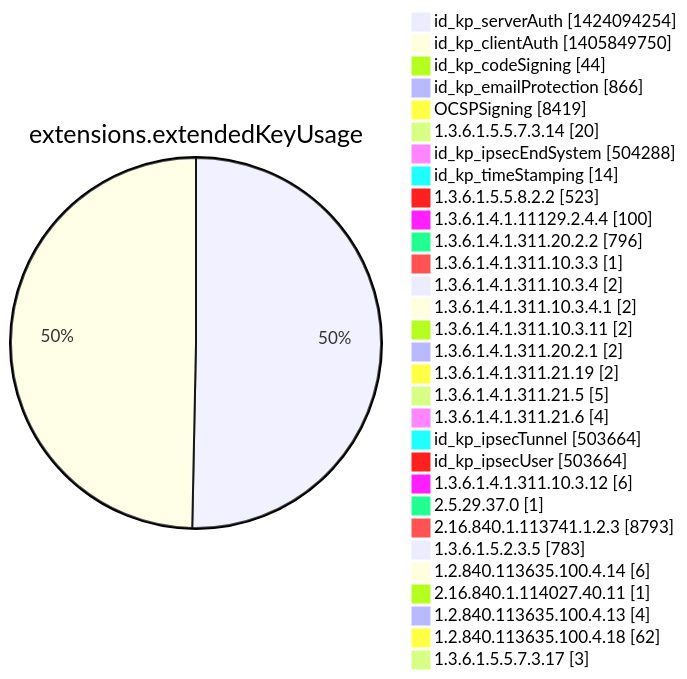
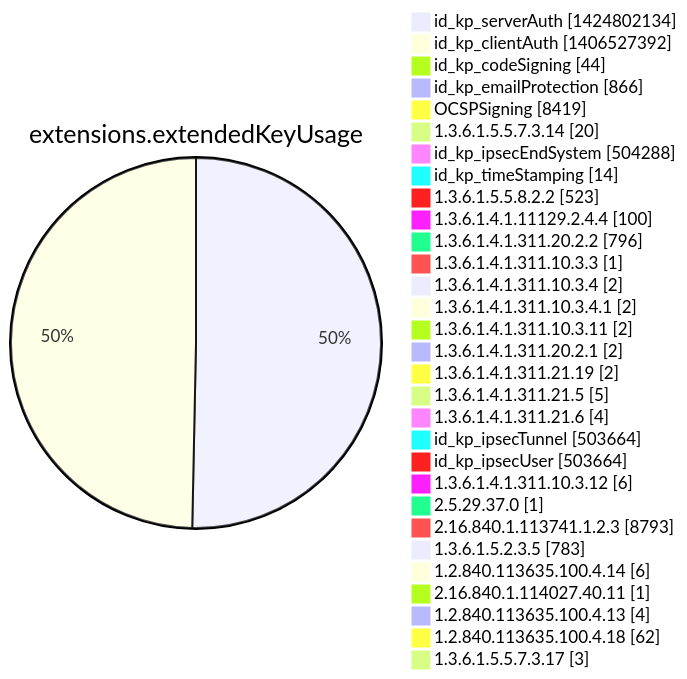
One commit to christiankrug/ctmonitor_visualization changed diagram 12 of 15 in argon2022/README.md. Above: the diagram before and after it, drawn with Mermaid. The commit also changed other lines of this file, not shown here.

````diff
--- a/argon2022/README.md
+++ b/argon2022/README.md
@@ -3555,34 +3555,34 @@
 ```mermaid
 pie showData
 title extensions.extendedKeyUsage
-"id_kp_serverAuth" :1424094254
-"id_kp_clientAuth" :1405849750
+"id_kp_serverAuth" :1424802134
+"id_kp_clientAuth" :1406527392
 "id_kp_codeSigning" :44
 "id_kp_emailProtection" :866
 "OCSPSigning" :8419
 "1.3.6.1.5.5.7.3.14" :20
 "id_kp_ipsecEndSystem" :504288
 "id_kp_timeStamping" :14
 "1.3.6.1.5.5.8.2.2" :523
 "1.3.6.1.4.1.11129.2.4.4" :100
 "1.3.6.1.4.1.311.20.2.2" :796
 "1.3.6.1.4.1.311.10.3.3" :1
 "1.3.6.1.4.1.311.10.3.4" :2
 "1.3.6.1.4.1.311.10.3.4.1" :2
 "1.3.6.1.4.1.311.10.3.11" :2
 "1.3.6.1.4.1.311.20.2.1" :2
 "1.3.6.1.4.1.311.21.19" :2
 "1.3.6.1.4.1.311.21.5" :5
 "1.3.6.1.4.1.311.21.6" :4
 "id_kp_ipsecTunnel" :503664
 "id_kp_ipsecUser" :503664
 "1.3.6.1.4.1.311.10.3.12" :6
 "2.5.29.37.0" :1
 "2.16.840.1.113741.1.2.3" :8793
 "1.3.6.1.5.2.3.5" :783
 "1.2.840.113635.100.4.14" :6
 "2.16.840.1.114027.40.11" :1
 "1.2.840.113635.100.4.13" :4
 "1.2.840.113635.100.4.18" :62
 "1.3.6.1.5.5.7.3.17" :3
 ```
````
